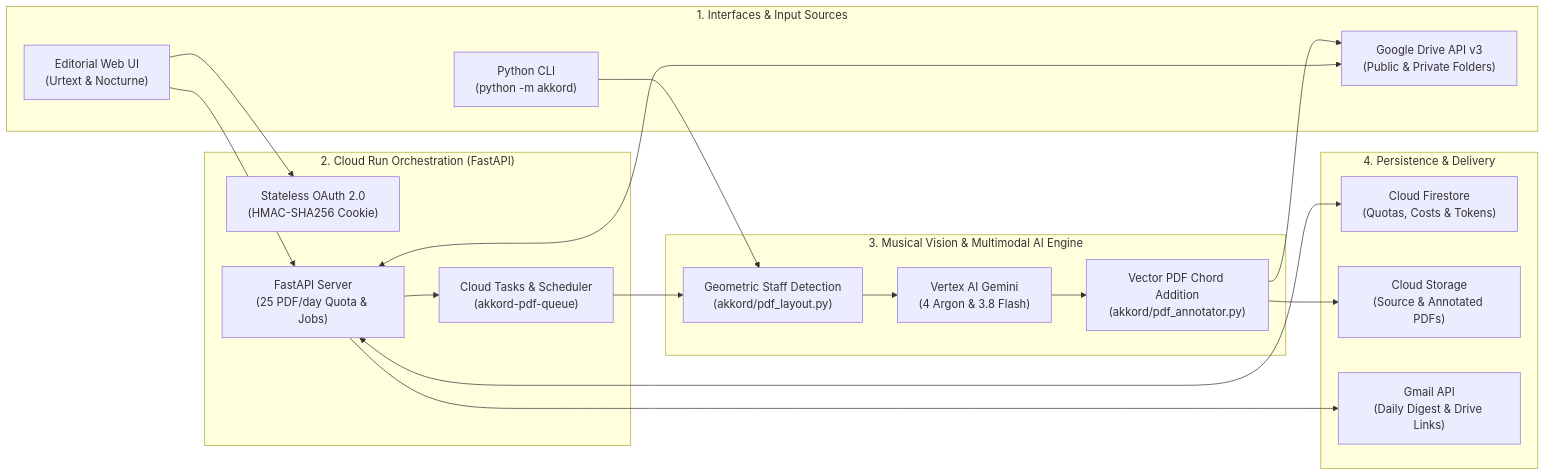
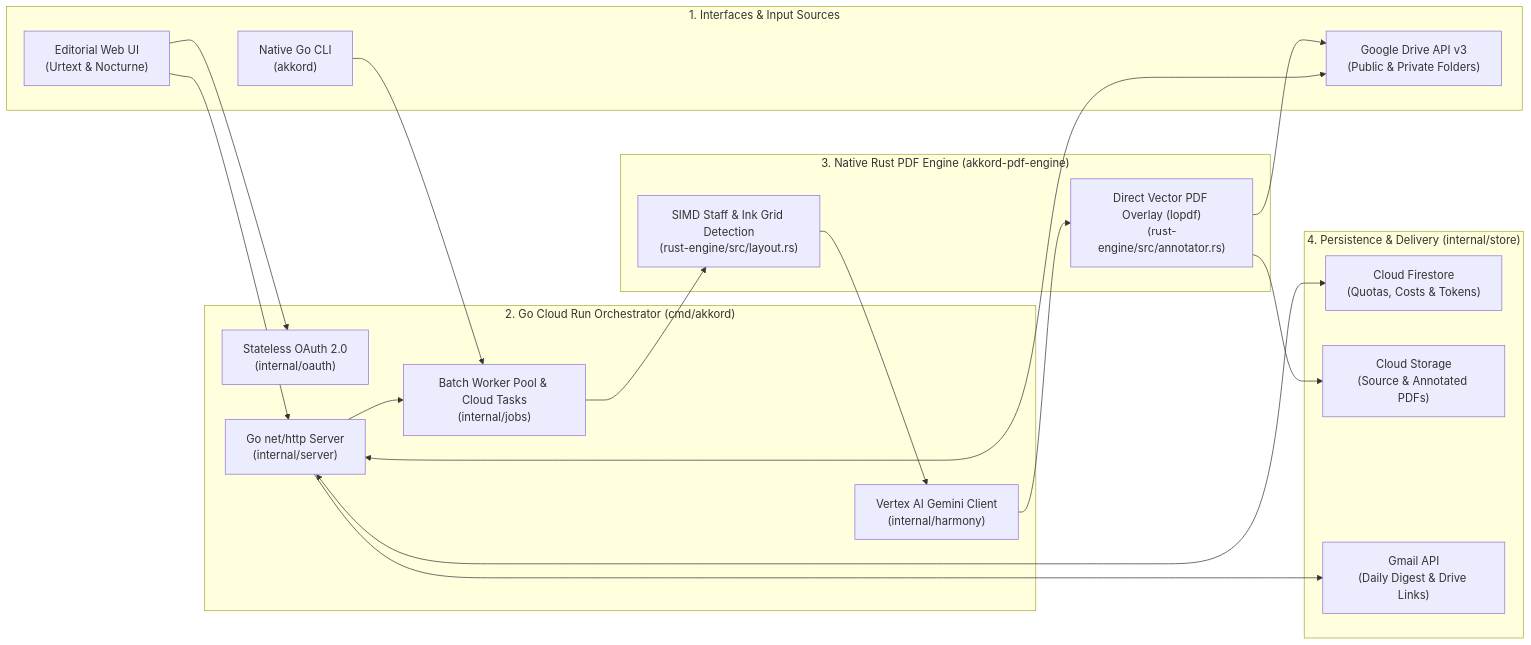
The diagram in README.md (alexismp/akkord), drawn with Mermaid before and after one commit. The commit also changed other lines of this file, not shown here.

Commit message:
docs: update README for Go + Rust polyglot architecture on go-rust-polyglot branch

````diff
--- a/README.md
+++ b/README.md
@@ -37,39 +41,39 @@
 ```mermaid
 flowchart LR
     subgraph Client["1. Interfaces & Input Sources"]
         UI["Editorial Web UI\n(Urtext & Nocturne)"]
-        CLI["Python CLI\n(python -m akkord)"]
+        CLI["Native Go CLI\n(akkord)"]
         Drive["Google Drive API v3\n(Public & Private Folders)"]
     end
 
-    subgraph CloudRun["2. Cloud Run Orchestration (FastAPI)"]
-        OAuth["Stateless OAuth 2.0\n(HMAC-SHA256 Cookie)"]
-        API["FastAPI Server\n(25 PDF/day Quota & Jobs)"]
-        Tasks["Cloud Tasks & Scheduler\n(akkord-pdf-queue)"]
+    subgraph GoServer["2. Go Cloud Run Orchestrator (cmd/akkord)"]
+        OAuth["Stateless OAuth 2.0\n(internal/oauth)"]
+        API["Go net/http Server\n(internal/server)"]
+        Queue["Batch Worker Pool & Cloud Tasks\n(internal/jobs)"]
+        Harmony["Vertex AI Gemini Client\n(internal/harmony)"]
     end
 
-    subgraph Engine["3. Musical Vision & Multimodal AI Engine"]
-        Layout["Geometric Staff Detection\n(akkord/pdf_layout.py)"]
-        Gemini["Vertex AI Gemini\n(4 Argon & 3.8 Flash)"]
-        Annotator["Vector PDF Chord Addition\n(akkord/pdf_annotator.py)"]
+    subgraph RustEngine["3. Native Rust PDF Engine (akkord-pdf-engine)"]
+        Layout["SIMD Staff & Ink Grid Detection\n(rust-engine/src/layout.rs)"]
+        Annotator["Direct Vector PDF Overlay (lopdf)\n(rust-engine/src/annotator.rs)"]
     end
 
-    subgraph Storage["4. Persistence & Delivery"]
+    subgraph Storage["4. Persistence & Delivery (internal/store)"]
         Firestore["Cloud Firestore\n(Quotas, Costs & Tokens)"]
         GCS["Cloud Storage\n(Source & Annotated PDFs)"]
         Gmail["Gmail API\n(Daily Digest & Drive Links)"]
     end
 
     UI --> OAuth
     UI --> API
-    CLI --> Layout
+    CLI --> Queue
     Drive <--> API
-    API --> Tasks
-    Tasks --> Layout
-    Layout --> Gemini
-    Gemini --> Annotator
+    API --> Queue
+    Queue --> Layout
+    Layout --> Harmony
+    Harmony --> Annotator
     Annotator --> GCS
     Annotator --> Drive
     API <--> Firestore
     API --> Gmail
 ```
````
